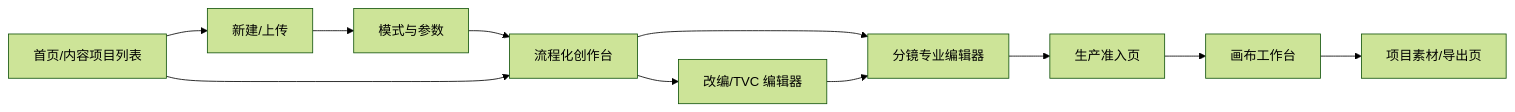
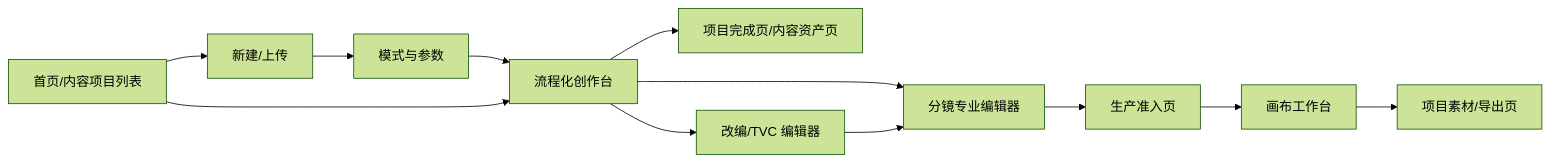
Before and after one commit to chuck0824/ai-comic-platform: the second of 4 diagrams in docs/superpowers/specs/2026-06-29-script-creation-v7-prd.md, drawn with Mermaid (forest theme). The commit also changed other lines of this file, not shown here.

Commit message:
docs: refine V7 adaptive flow and optional storyboards

````diff
--- a/docs/superpowers/specs/2026-06-29-script-creation-v7-prd.md
+++ b/docs/superpowers/specs/2026-06-29-script-creation-v7-prd.md
@@ -166,13 +176,14 @@
 ```mermaid
 flowchart LR
     A["首页/内容项目列表"] --> B["新建/上传"]
     B --> C["模式与参数"]
     C --> D["流程化创作台"]
+    D --> J["项目完成页/内容资产页"]
     D --> E["改编/TVC 编辑器"]
     D --> F["分镜专业编辑器"]
     E --> F
     F --> G["生产准入页"]
     G --> H["画布工作台"]
     H --> I["项目素材/导出页"]
     A --> D
 ```
````
